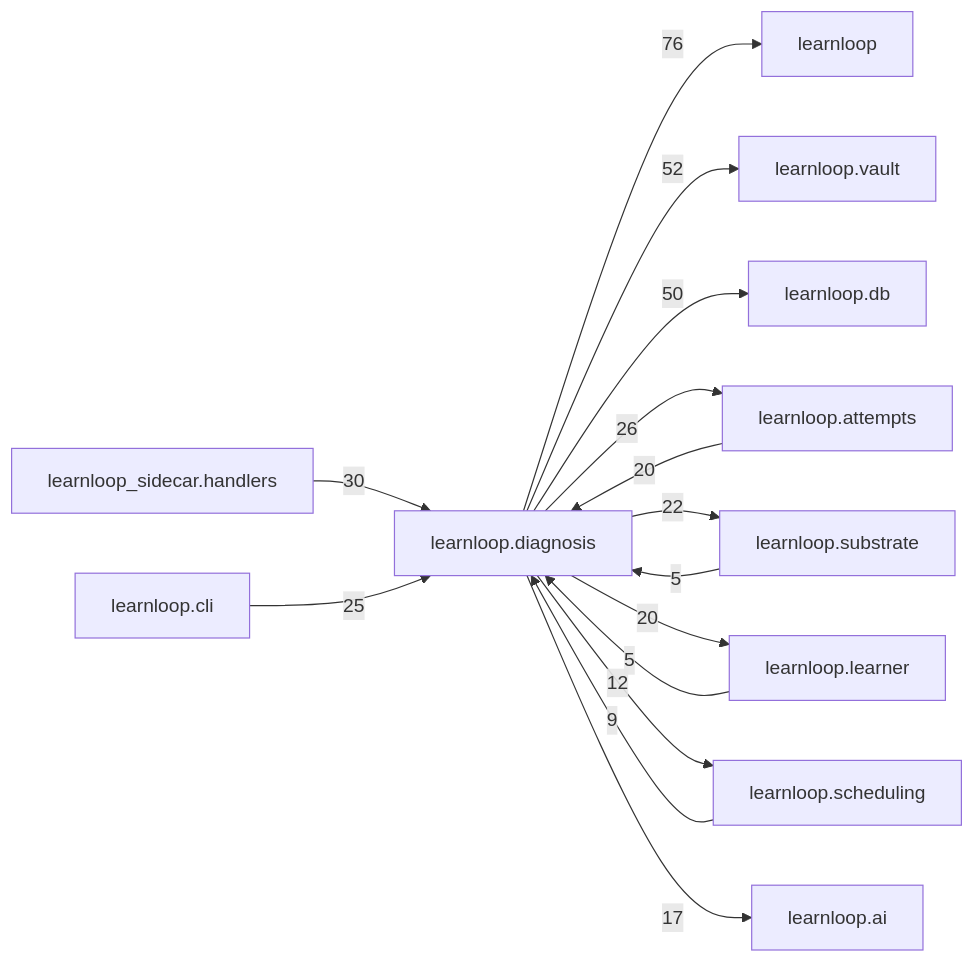
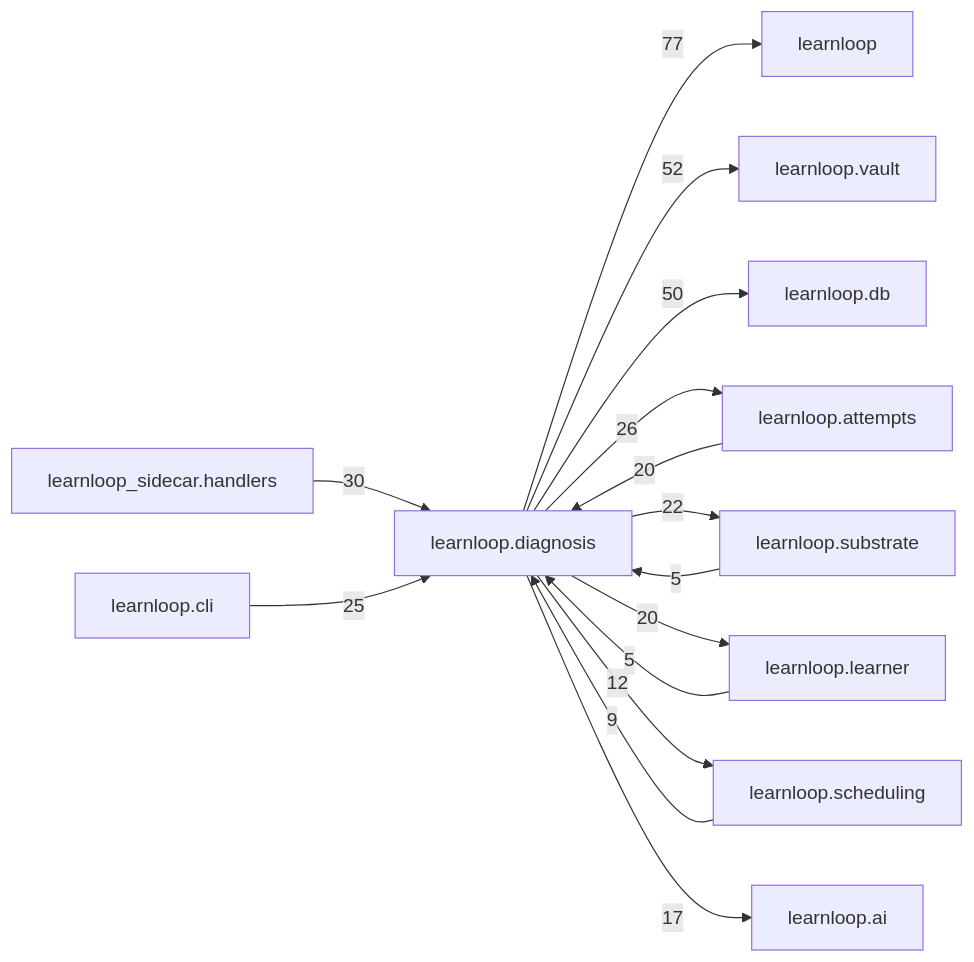
One commit to 6up-b/learnanything changed the diagram in docs/learnloop-architecture-vault/Reference/Modules/learnloop/diagnosis/_package.md. Above: the diagram before and after it, drawn with Mermaid. The commit also changed other lines of this file and 45 other files, not shown here.

````diff
--- a/docs/learnloop-architecture-vault/Reference/Modules/learnloop/diagnosis/_package.md
+++ b/docs/learnloop-architecture-vault/Reference/Modules/learnloop/diagnosis/_package.md
@@ -238,28 +238,28 @@
 ```mermaid
 flowchart LR
     center["learnloop.diagnosis"]
     n_learnloop["learnloop"]
     n_learnloop_vault["learnloop.vault"]
     n_learnloop_db["learnloop.db"]
     n_learnloop_attempts["learnloop.attempts"]
     n_learnloop_sidecar_handlers["learnloop_sidecar.handlers"]
     n_learnloop_substrate["learnloop.substrate"]
     n_learnloop_cli["learnloop.cli"]
     n_learnloop_learner["learnloop.learner"]
     n_learnloop_scheduling["learnloop.scheduling"]
     n_learnloop_ai["learnloop.ai"]
-    center -->|76| n_learnloop
+    center -->|77| n_learnloop
     center -->|52| n_learnloop_vault
     center -->|50| n_learnloop_db
     n_learnloop_attempts -->|20| center
     center -->|26| n_learnloop_attempts
     n_learnloop_sidecar_handlers -->|30| center
     n_learnloop_substrate -->|5| center
     center -->|22| n_learnloop_substrate
     n_learnloop_cli -->|25| center
     n_learnloop_learner -->|5| center
     center -->|20| n_learnloop_learner
     n_learnloop_scheduling -->|9| center
     center -->|12| n_learnloop_scheduling
     center -->|17| n_learnloop_ai
 ```
````
